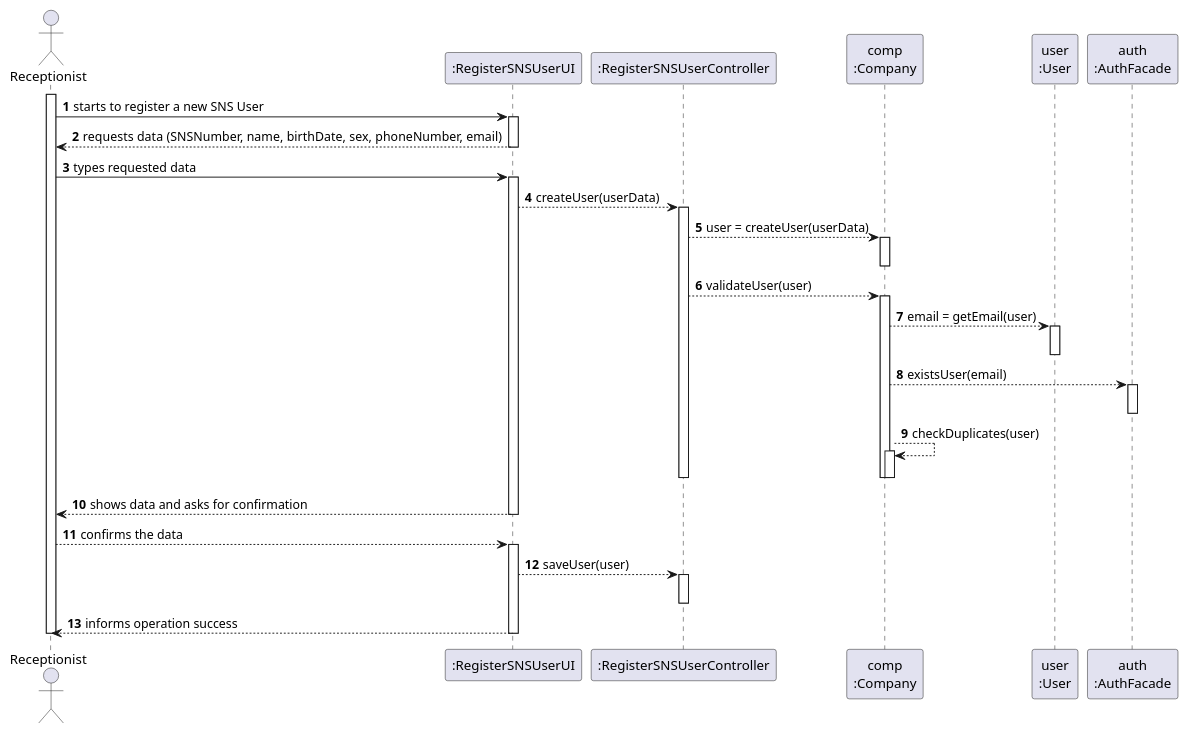
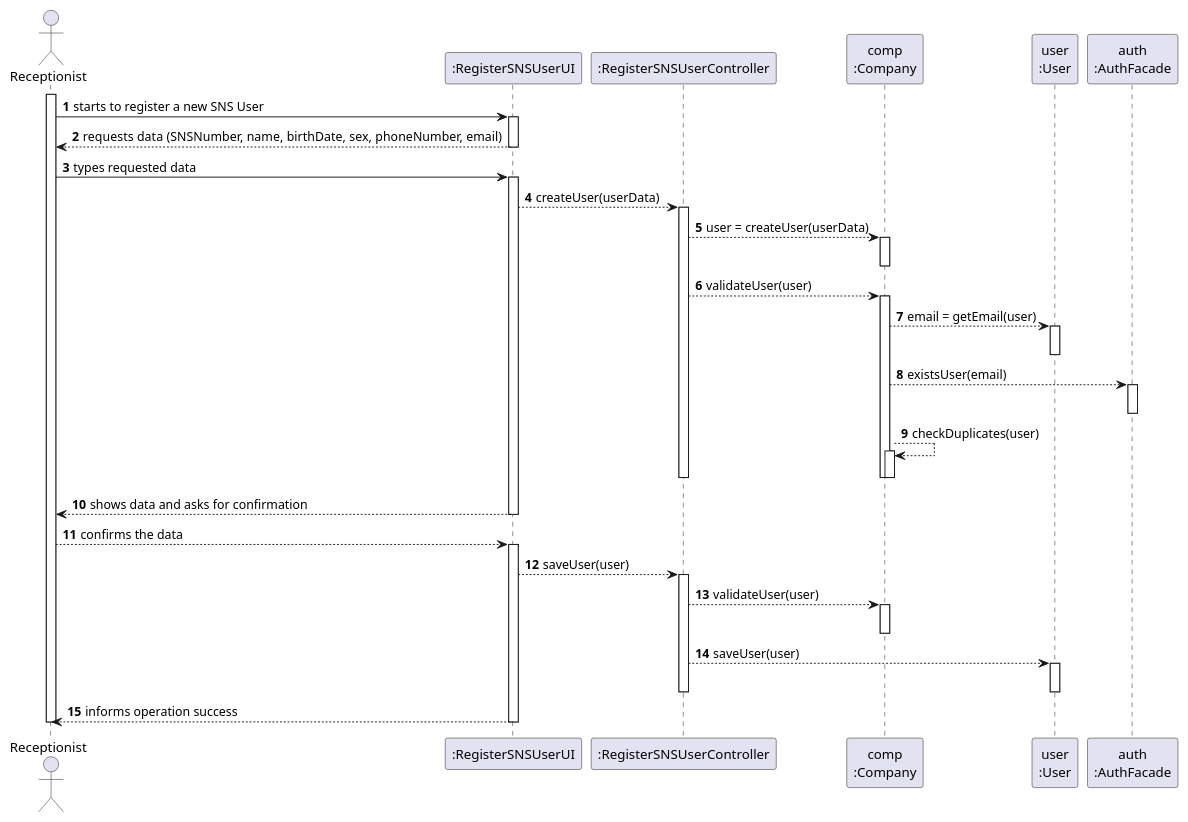
Before and after one commit to miseEnPlace-i/lapr2: the diagram in docs/SprintB/US03/SD/US03_SD.puml, drawn with PlantUML.

Commit message:
docs(US03): update SD

```diff
--- a/docs/SprintB/US03/SD/US03_SD.puml
+++ b/docs/SprintB/US03/SD/US03_SD.puml
@@ -1,66 +1,72 @@
 @startuml Sequence Diagram
 autonumber
 'hide footbox
 actor "Receptionist" as RECEPT
 
 participant ":RegisterSNSUserUI" as UI
 participant ":RegisterSNSUserController" as CTRL
 ' participant "app\n:ApplicationPOT" as APP
 ' participant ":Platform" as PLAT
 participant "comp\n:Company" as COMP
 participant "user\n:User" as USER
 participant "auth\n:AuthFacade" as AUTH
 
 activate RECEPT
 RECEPT -> UI : starts to register a new SNS User
 activate UI
 UI --> RECEPT : requests data (SNSNumber, name, birthDate, sex, phoneNumber, email)
 deactivate UI
 
 RECEPT -> UI : types requested data
 activate UI
 
 UI --> CTRL : createUser(userData)
 activate CTRL
 
 CTRL --> COMP : user = createUser(userData)
 activate COMP
 deactivate COMP
 
 CTRL --> COMP : validateUser(user)
 activate COMP
 
 COMP --> USER : email = getEmail(user)
 activate USER
 deactivate USER
 
 COMP --> AUTH : existsUser(email)
 activate AUTH
 deactivate AUTH
 
 COMP --> COMP : checkDuplicates(user)
 activate COMP
 deactivate COMP
 
 deactivate COMP
 deactivate CTRL
 
 UI --> RECEPT : shows data and asks for confirmation
 deactivate UI
 
 RECEPT --> UI : confirms the data
 activate UI
 
 UI --> CTRL : saveUser(user)
 activate CTRL
 
+CTRL --> COMP : validateUser(user)
+activate COMP
+deactivate COMP
 
+CTRL --> USER : saveUser(user)
+activate USER
+deactivate USER
 
 deactivate CTRL
 
 UI --> RECEPT : informs operation success
 deactivate UI
 
 deactivate RECEPT
 
 @enduml
```
